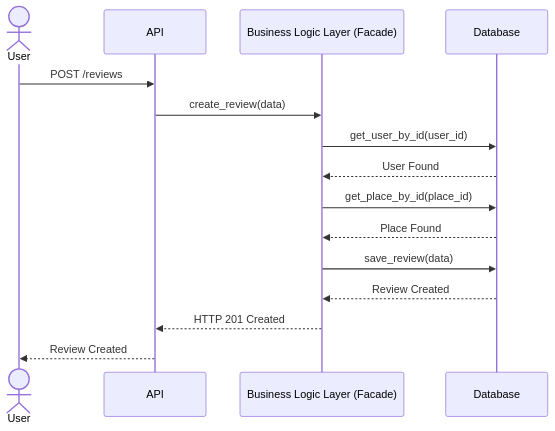
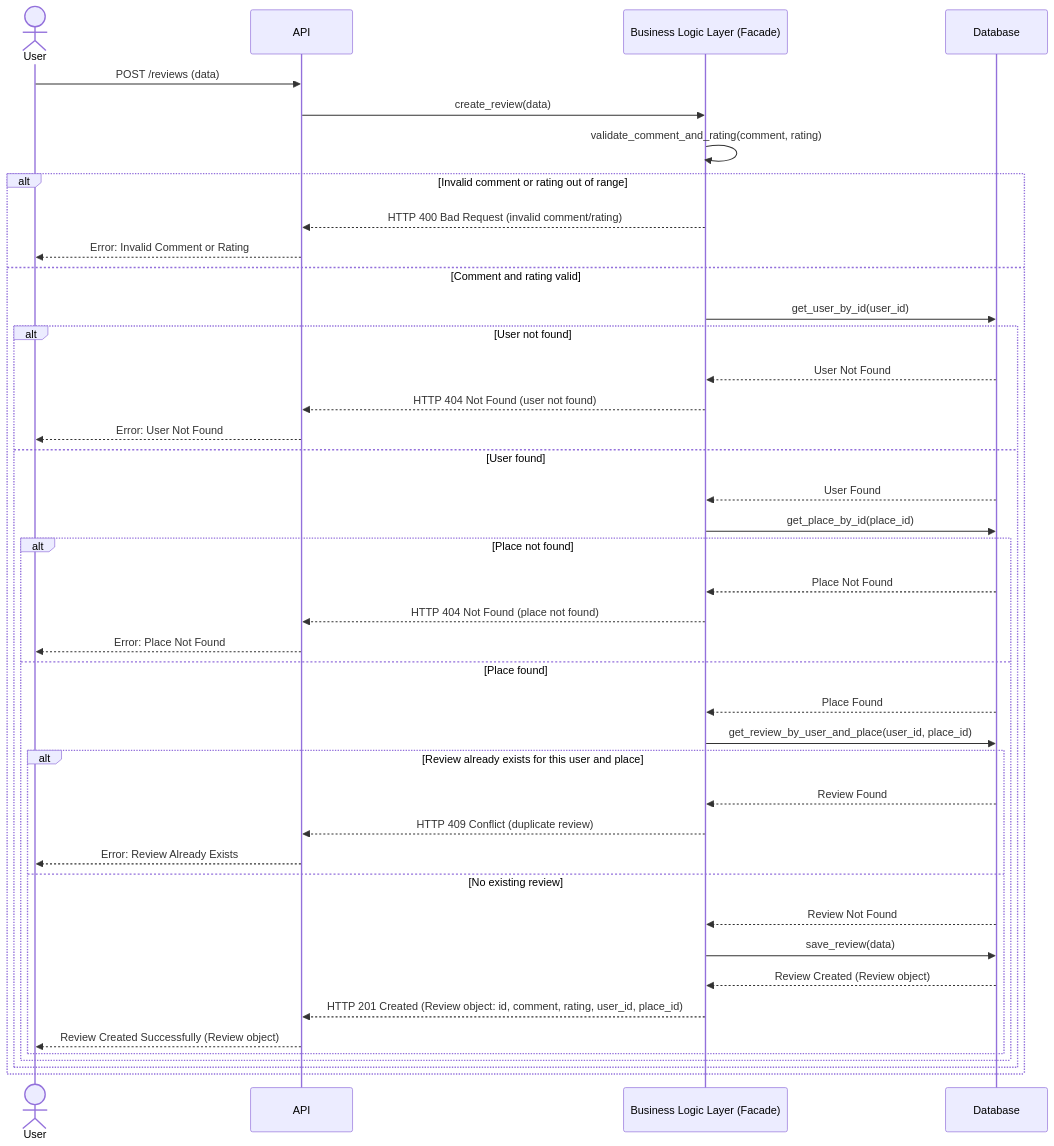
Before and after one commit to alzahra3ali-bit/holbertonschool-hbnb: the fifth of 6 diagrams in part1/README.md, drawn with Mermaid. The commit also changed other lines of this file, not shown here.

Commit message:
fix: facade modeling, password hashing, UUID4, and sequence diagram validations

````diff
--- a/part1/README.md
+++ b/part1/README.md
@@ -186,18 +242,43 @@
 ```mermaid
 sequenceDiagram
-    actor User
-    participant API
-    participant BusinessLogic as Business Logic Layer (Facade)
-    participant Database
-
-    User->>API: POST /reviews
-    API->>BusinessLogic: create_review(data)
+actor User
+participant API
+participant BusinessLogic as Business Logic Layer (Facade)
+participant Database
+User->>API: POST /reviews (data)
+API->>BusinessLogic: create_review(data)
+BusinessLogic->>BusinessLogic: validate_comment_and_rating(comment, rating)
+alt Invalid comment or rating out of range
+    BusinessLogic-->>API: HTTP 400 Bad Request (invalid comment/rating)
+    API-->>User: Error: Invalid Comment or Rating
+else Comment and rating valid
     BusinessLogic->>Database: get_user_by_id(user_id)
-    Database-->>BusinessLogic: User Found
-    BusinessLogic->>Database: get_place_by_id(place_id)
-    Database-->>BusinessLogic: Place Found
-    BusinessLogic->>Database: save_review(data)
-    Database-->>BusinessLogic: Review Created
-    BusinessLogic-->>API: HTTP 201 Created
-    API-->>User: Review Created
+    alt User not found
+        Database-->>BusinessLogic: User Not Found
+        BusinessLogic-->>API: HTTP 404 Not Found (user not found)
+        API-->>User: Error: User Not Found
+    else User found
+        Database-->>BusinessLogic: User Found
+        BusinessLogic->>Database: get_place_by_id(place_id)
+        alt Place not found
+            Database-->>BusinessLogic: Place Not Found
+            BusinessLogic-->>API: HTTP 404 Not Found (place not found)
+            API-->>User: Error: Place Not Found
+        else Place found
+            Database-->>BusinessLogic: Place Found
+            BusinessLogic->>Database: get_review_by_user_and_place(user_id, place_id)
+            alt Review already exists for this user and place
+                Database-->>BusinessLogic: Review Found
+                BusinessLogic-->>API: HTTP 409 Conflict (duplicate review)
+                API-->>User: Error: Review Already Exists
+            else No existing review
+                Database-->>BusinessLogic: Review Not Found
+                BusinessLogic->>Database: save_review(data)
+                Database-->>BusinessLogic: Review Created (Review object)
+                BusinessLogic-->>API: HTTP 201 Created (Review object: id, comment, rating, user_id, place_id)
+                API-->>User: Review Created Successfully (Review object)
+            end
+        end
+    end
+end
 ```
````
